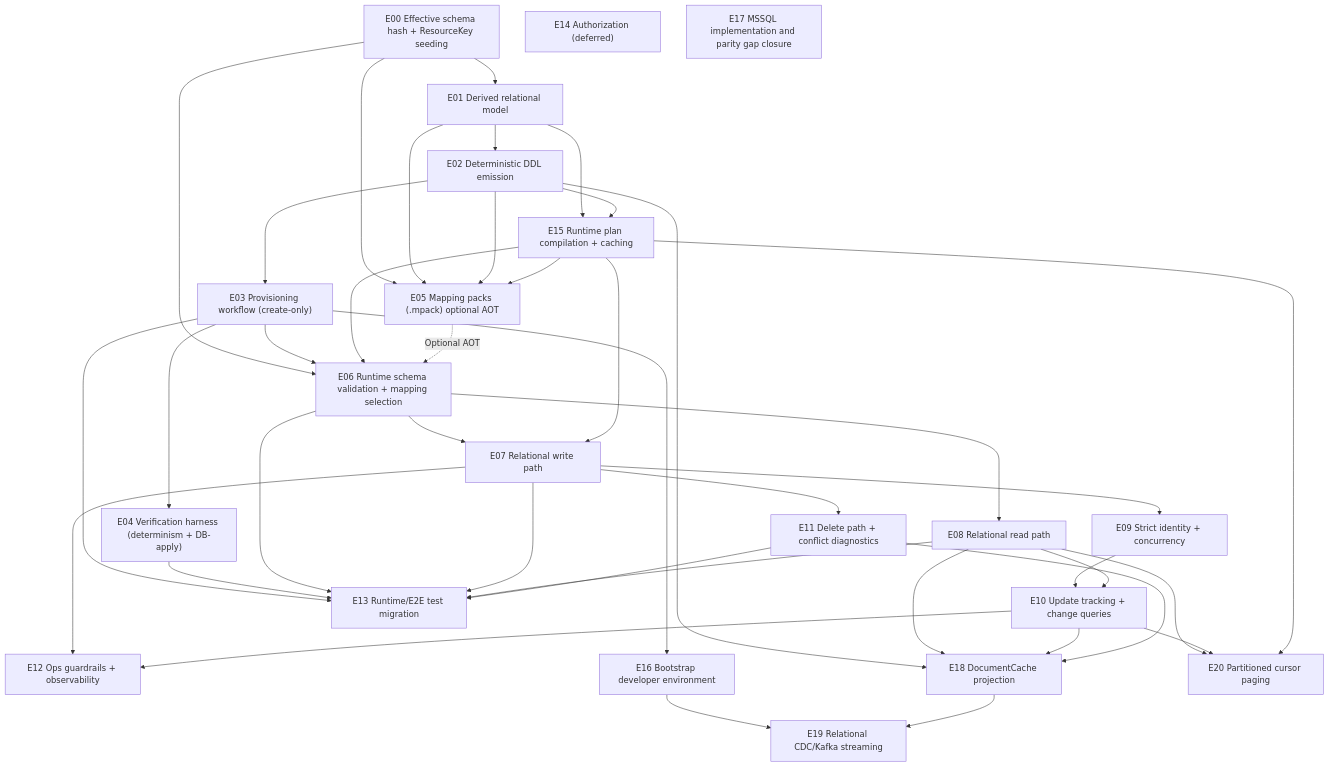
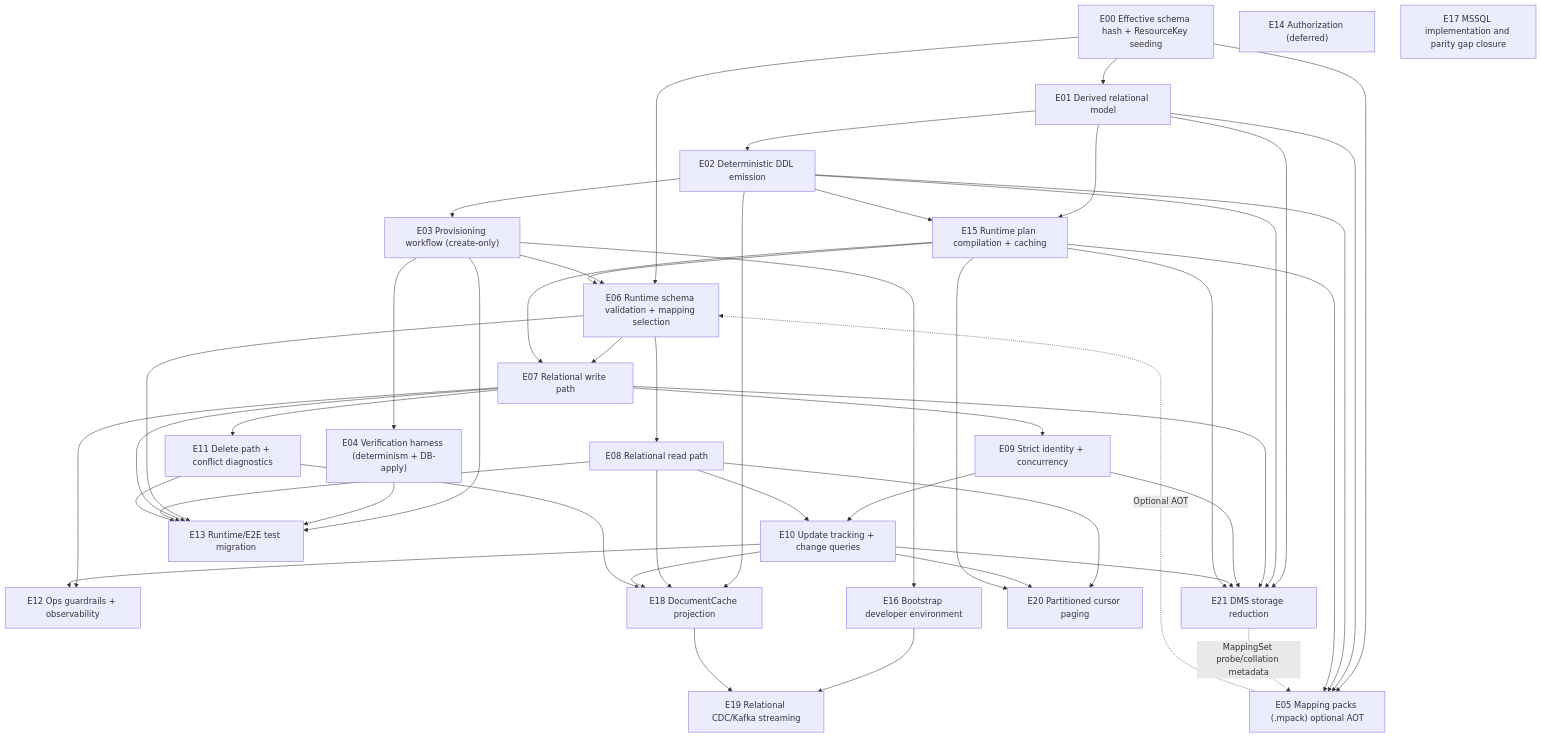
The diagram in reference/design/backend-redesign/epics/DEPENDENCIES.md (Ed-Fi-Alliance-OSS/Data-Management-Service), drawn with Mermaid before and after one commit. The commit also changed other lines of this file and 43 other files, not shown here.

````diff
--- a/reference/design/backend-redesign/epics/DEPENDENCIES.md
+++ b/reference/design/backend-redesign/epics/DEPENDENCIES.md
@@ -32,70 +32,79 @@
 ```mermaid
 graph TD
   E00["E00 Effective schema hash + ResourceKey seeding"]
   E01["E01 Derived relational model"]
   E02["E02 Deterministic DDL emission"]
   E03["E03 Provisioning workflow (create-only)"]
   E04["E04 Verification harness (determinism + DB-apply)"]
   E05["E05 Mapping packs (.mpack) optional AOT"]
   E06["E06 Runtime schema validation + mapping selection"]
   E07["E07 Relational write path"]
   E08["E08 Relational read path"]
   E09["E09 Strict identity + concurrency"]
   E10["E10 Update tracking + change queries"]
   E11["E11 Delete path + conflict diagnostics"]
   E12["E12 Ops guardrails + observability"]
   E13["E13 Runtime/E2E test migration"]
   E14["E14 Authorization (deferred)"]
   E15["E15 Runtime plan compilation + caching"]
   E16["E16 Bootstrap developer environment"]
   E17["E17 MSSQL implementation and parity gap closure"]
   E18["E18 DocumentCache projection"]
   E19["E19 Relational CDC/Kafka streaming"]
   E20["E20 Partitioned cursor paging"]
+  E21["E21 DMS storage reduction"]
 
   E00 --> E01 --> E02 --> E03 --> E04
 
   E01 --> E15
   E02 --> E15
 
   E00 --> E05
   E01 --> E05
   E02 --> E05
   E15 --> E05
+  E21 -. MappingSet probe/collation metadata .-> E05
 
   E00 --> E06
   E03 --> E06
   E15 --> E06
   E05 -. Optional AOT .-> E06
 
   E06 --> E07 --> E09 --> E10
   E15 --> E07
   E06 --> E08 --> E10
   E07 --> E11
   E07 --> E12
   E10 --> E12
 
   E03 --> E13
   E04 --> E13
   E06 --> E13
   E07 --> E13
   E08 --> E13
   E11 --> E13
 
   E03 --> E16
 
   E02 --> E18
   E08 --> E18
   E10 --> E18
   E11 --> E18
 
   E16 --> E19
   E18 --> E19
 
   E08 --> E20
   E10 --> E20
   E15 --> E20
 
+  E01 --> E21
+  E02 --> E21
+  E07 --> E21
+  E09 --> E21
+  E10 --> E21
+  E15 --> E21
+
   E14
   E17
 ```
````
